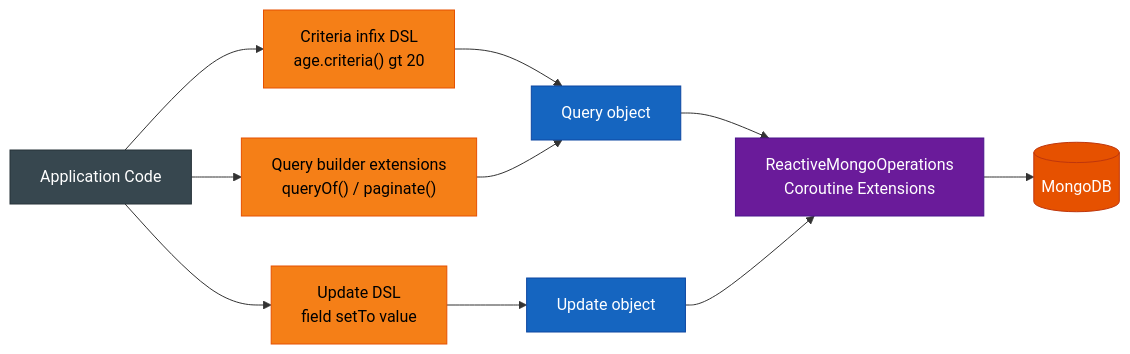
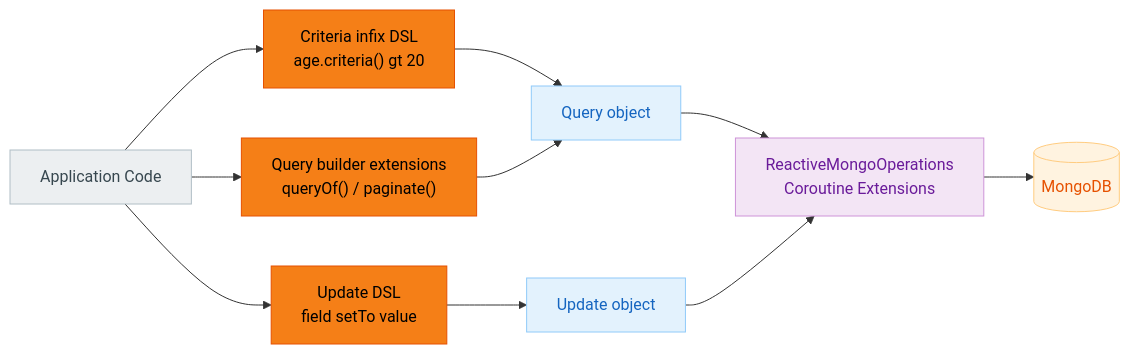
One commit to bluetape4k/bluetape4k-projects changed the third of 4 diagrams in spring-boot4/mongodb/README.md. Above: the diagram before and after it, drawn with Mermaid. The commit also changed other lines of this file and 219 other files, not shown here.

First line of the commit message:
docs: 전체 README Mermaid 다이어그램 가이드 적용

````diff
--- a/spring-boot4/mongodb/README.md
+++ b/spring-boot4/mongodb/README.md
@@ -194,24 +194,24 @@
 ```mermaid
 flowchart LR
     Code["Application Code"] --> CriteriaDSL["Criteria infix DSL<br/>age.criteria() gt 20"]
     Code --> QueryBuilder["Query builder extensions<br/>queryOf() / paginate()"]
     Code --> UpdateDSL["Update DSL<br/>field setTo value"]
     CriteriaDSL --> Query["Query object"]
     QueryBuilder --> Query
     UpdateDSL --> Update["Update object"]
     Query --> ROps["ReactiveMongoOperations<br/>Coroutine Extensions"]
     Update --> ROps
     ROps --> MongoDB[("MongoDB")]
 
-    classDef appStyle fill:#37474F,stroke:#263238,color:#FFFFFF
+    classDef appStyle fill:#ECEFF1,stroke:#B0BEC5,color:#37474F
     classDef dslStyle fill:#F57F17,stroke:#E65100,color:#000000
-    classDef queryStyle fill:#1565C0,stroke:#0D47A1,color:#FFFFFF
-    classDef opsStyle fill:#6A1B9A,stroke:#4A148C,color:#FFFFFF
-    classDef dbStyle fill:#E65100,stroke:#BF360C,color:#FFFFFF
+    classDef queryStyle fill:#E3F2FD,stroke:#90CAF9,color:#1565C0
+    classDef opsStyle fill:#F3E5F5,stroke:#CE93D8,color:#6A1B9A
+    classDef dbStyle fill:#FFF3E0,stroke:#FFCC80,color:#E65100
 
     class Code appStyle
     class CriteriaDSL,QueryBuilder,UpdateDSL dslStyle
     class Query,Update queryStyle
     class ROps opsStyle
     class MongoDB dbStyle
 ```
````
